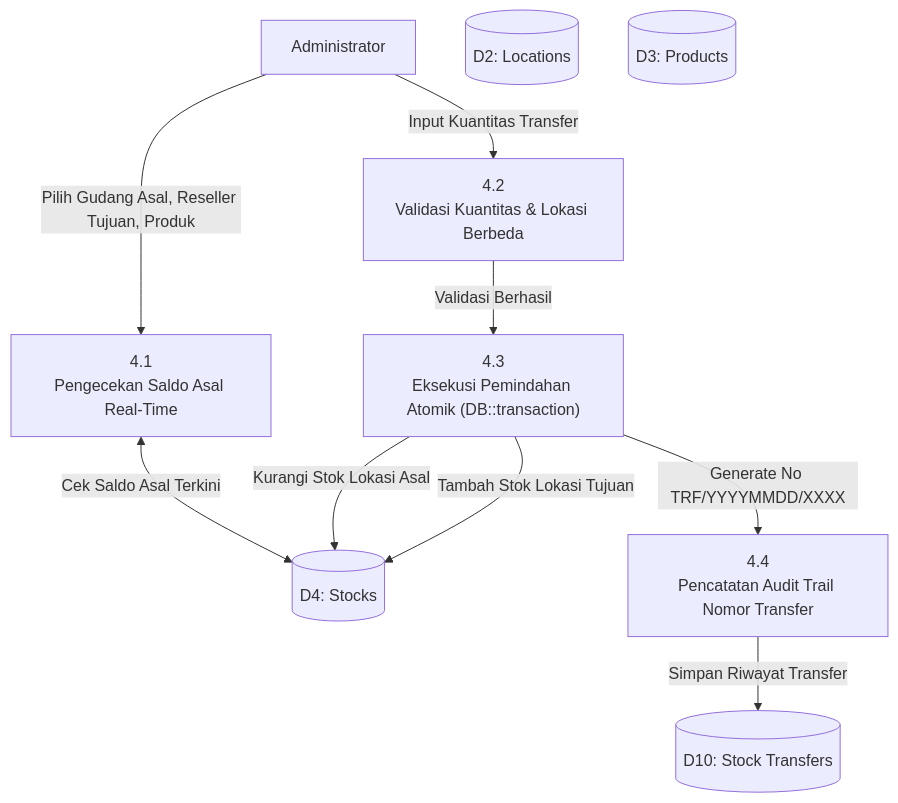
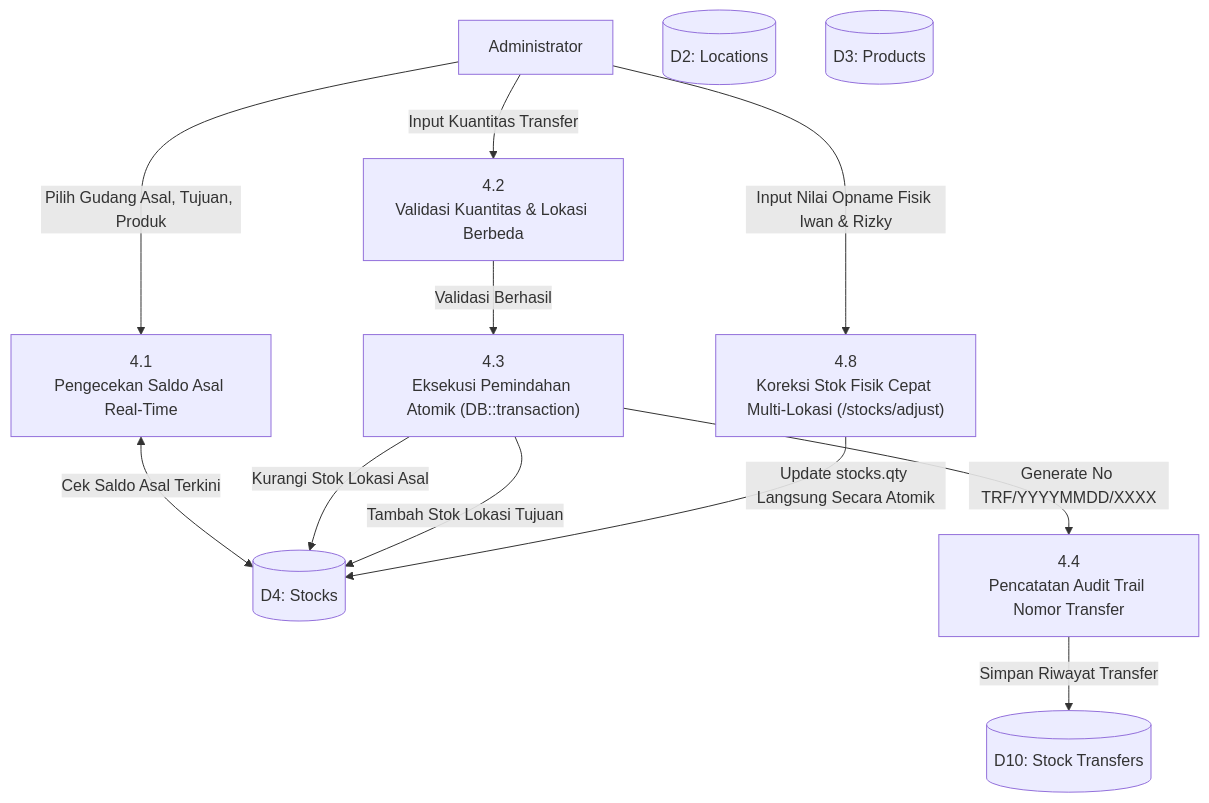
The fourth of 6 diagrams in docs/DFD.md (FatsyahRGT/scentpeep), drawn with Mermaid before and after one commit. The commit also changed other lines of this file and 13 other files, not shown here.

Commit message:
docs: synchronize all documentation and architecture diagrams to v3.2 release

````diff
--- a/docs/DFD.md
+++ b/docs/DFD.md
@@ -165,23 +172,27 @@
 ```mermaid
 flowchart TD
     Admin["Administrator"]
 
     D_Loc[("D2: Locations")]
     D_Prod[("D3: Products")]
     D_Stock[("D4: Stocks")]
     D_Trf[("D10: Stock Transfers")]
 
     P41["4.1<br>Pengecekan Saldo Asal Real-Time"]
     P42["4.2<br>Validasi Kuantitas & Lokasi Berbeda"]
     P43["4.3<br>Eksekusi Pemindahan Atomik (DB::transaction)"]
     P44["4.4<br>Pencatatan Audit Trail Nomor Transfer"]
+    P48["4.8<br>Koreksi Stok Fisik Cepat Multi-Lokasi (/stocks/adjust)"]
 
-    Admin -->|"Pilih Gudang Asal, Reseller Tujuan, Produk"| P41
+    Admin -->|"Pilih Gudang Asal, Tujuan, Produk"| P41
     P41 <-->|"Cek Saldo Asal Terkini"| D_Stock
     Admin -->|"Input Kuantitas Transfer"| P42
     P42 -->|"Validasi Berhasil"| P43
     P43 -->|"Kurangi Stok Lokasi Asal"| D_Stock
     P43 -->|"Tambah Stok Lokasi Tujuan"| D_Stock
     P43 -->|"Generate No TRF/YYYYMMDD/XXXX"| P44
     P44 -->|"Simpan Riwayat Transfer"| D_Trf
+
+    Admin -->|"Input Nilai Opname Fisik Iwan & Rizky"| P48
+    P48 -->|"Update stocks.qty Langsung Secara Atomik"| D_Stock
 ```
````
